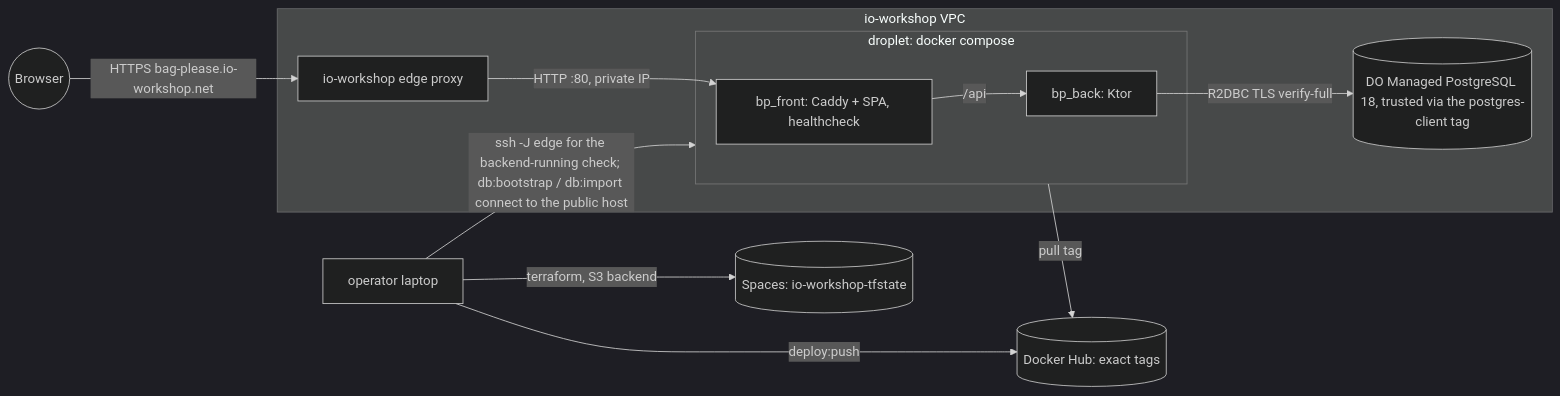
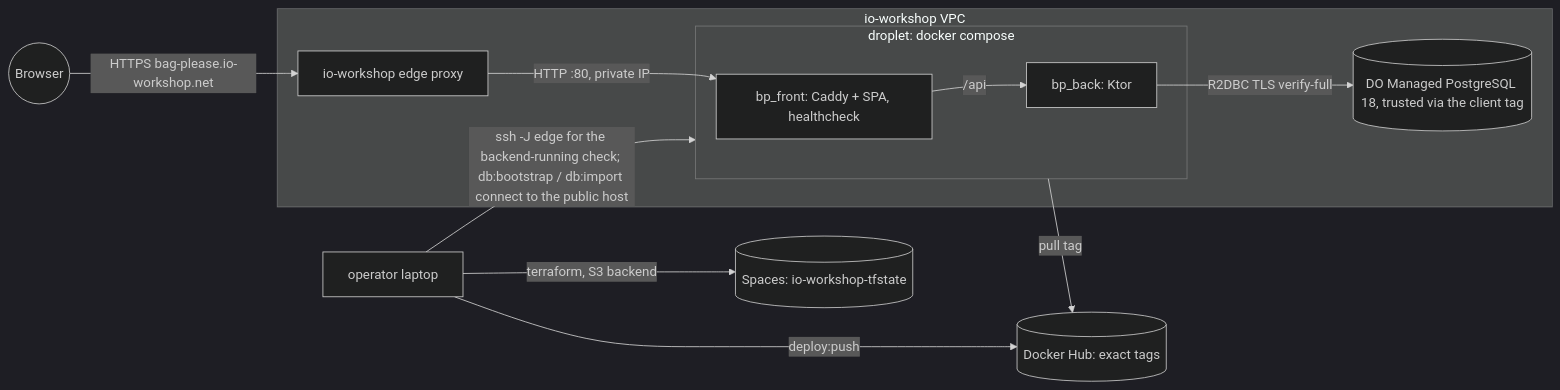
The third of 4 diagrams in _bmad-output/planning-artifacts/architecture/architecture-epic-11/ARCHITECTURE-SPINE.md (MustD/bag-please), drawn with Mermaid (dark theme) before and after one commit. The commit also changed other lines of this file and 18 other files, not shown here.

````diff
--- a/_bmad-output/planning-artifacts/architecture/architecture-epic-11/ARCHITECTURE-SPINE.md
+++ b/_bmad-output/planning-artifacts/architecture/architecture-epic-11/ARCHITECTURE-SPINE.md
@@ -423,15 +425,15 @@
 ```mermaid
 flowchart LR
   User((Browser)) -->|HTTPS bag-please.io-workshop.net| Edge[io-workshop edge proxy]
   subgraph VPC[io-workshop VPC]
     Edge -->|HTTP :80, private IP| Caddy
     subgraph Droplet[droplet: docker compose]
       Caddy[bp_front: Caddy + SPA, healthcheck] -->|/api| Back[bp_back: Ktor]
     end
-    Back -->|R2DBC TLS verify-full| DB[(DO Managed PostgreSQL 18, trusted via the postgres-client tag)]
+    Back -->|R2DBC TLS verify-full| DB[(DO Managed PostgreSQL 18, trusted via the client tag)]
   end
   Op[operator laptop] -->|ssh -J edge for the backend-running check; db:bootstrap / db:import connect to the public host| Droplet
   Op -->|terraform, S3 backend| Spaces[(Spaces: io-workshop-tfstate)]
   Op -->|deploy:push| Hub[(Docker Hub: exact tags)]
   Droplet -->|pull tag| Hub
 ```
````
